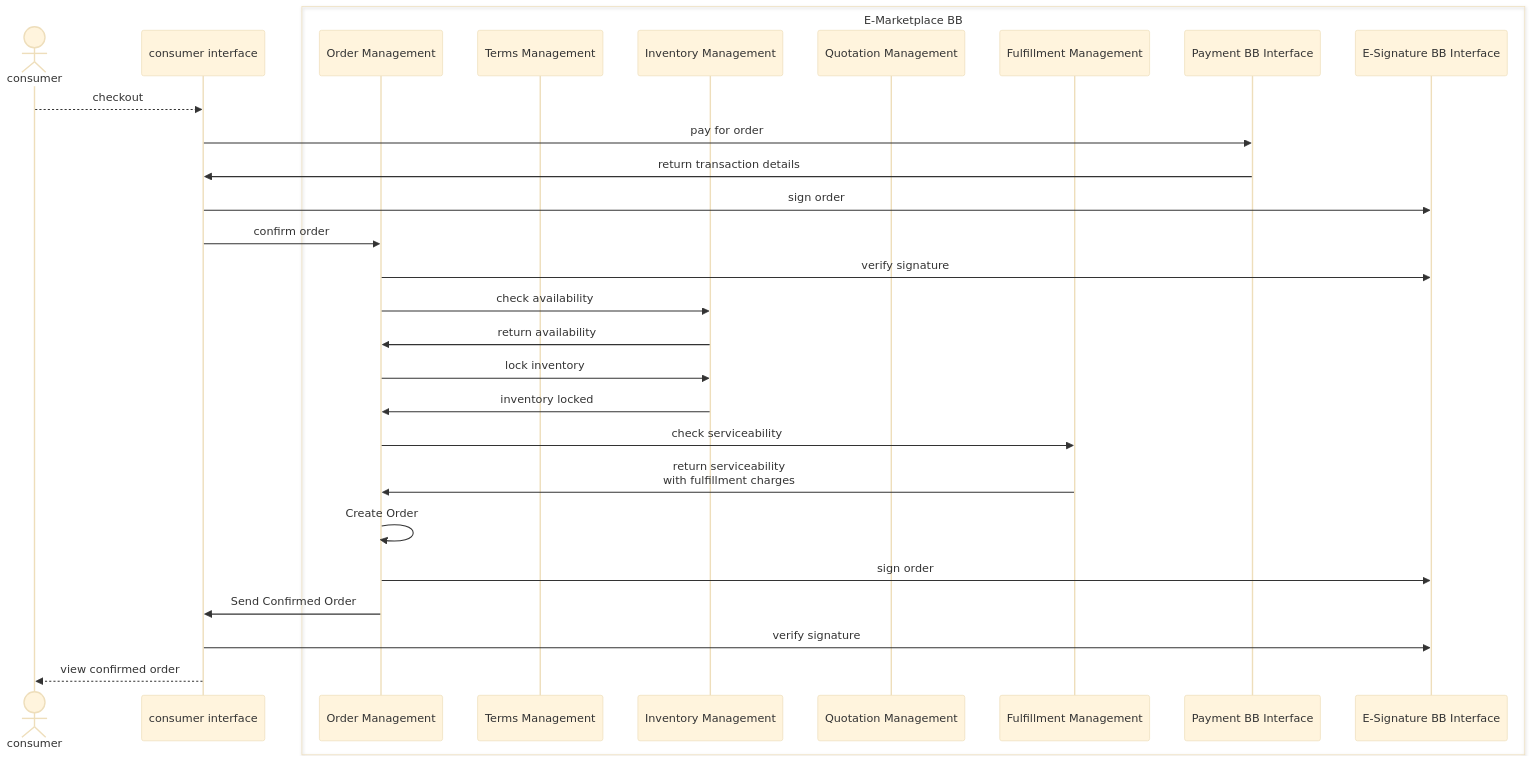
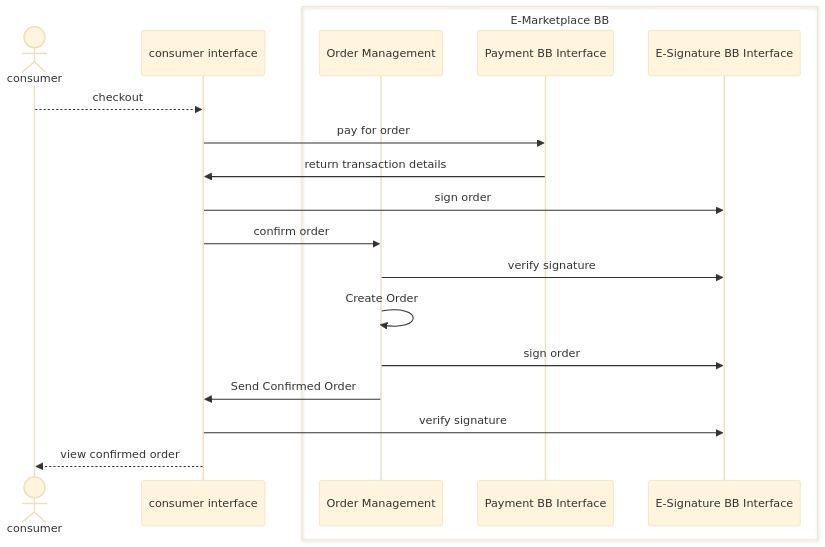
The fourth of 15 diagrams in spec/9-workflows.md (GovStackWorkingGroup/bb-emarketplace), drawn with Mermaid (base theme) before and after one commit.

Commit message:
GITBOOK-50: change request with no subject merged in GitBook

````diff
--- a/spec/9-workflows.md
+++ b/spec/9-workflows.md
@@ -129,35 +129,25 @@
 ```mermaid
 sequenceDiagram
     Actor consumer
     participant consumer interface
     box E-Marketplace BB
     participant Order Management
-    participant Terms Management
-    participant Inventory Management
-    participant Quotation Management
-    participant Fulfillment Management
     participant Payment BB Interface
     participant E-Signature BB Interface
     end
     consumer-->>consumer interface: checkout
     consumer interface->>Payment BB Interface: pay for order
     Payment BB Interface->>consumer interface: return transaction details
     consumer interface->>E-Signature BB Interface:sign order
     consumer interface->>Order Management:confirm order
     Order Management->>E-Signature BB Interface:verify signature
-    Order Management->>Inventory Management: check availability
-    Inventory Management->>Order Management: return availability
-    Order Management->>Inventory Management: lock inventory
-    Inventory Management->>Order Management: inventory locked
-    Order Management->>Fulfillment Management: check serviceability
-    Fulfillment Management->>Order Management: return serviceability <br/> with fulfillment charges
     Order Management->>Order Management: Create Order
     Order Management->>E-Signature BB Interface:sign order
     Order Management->>consumer interface: Send Confirmed Order
     consumer interface->>E-Signature BB Interface:verify signature
     consumer interface-->>consumer:view confirmed order
 
 
      
 
 ```
````
